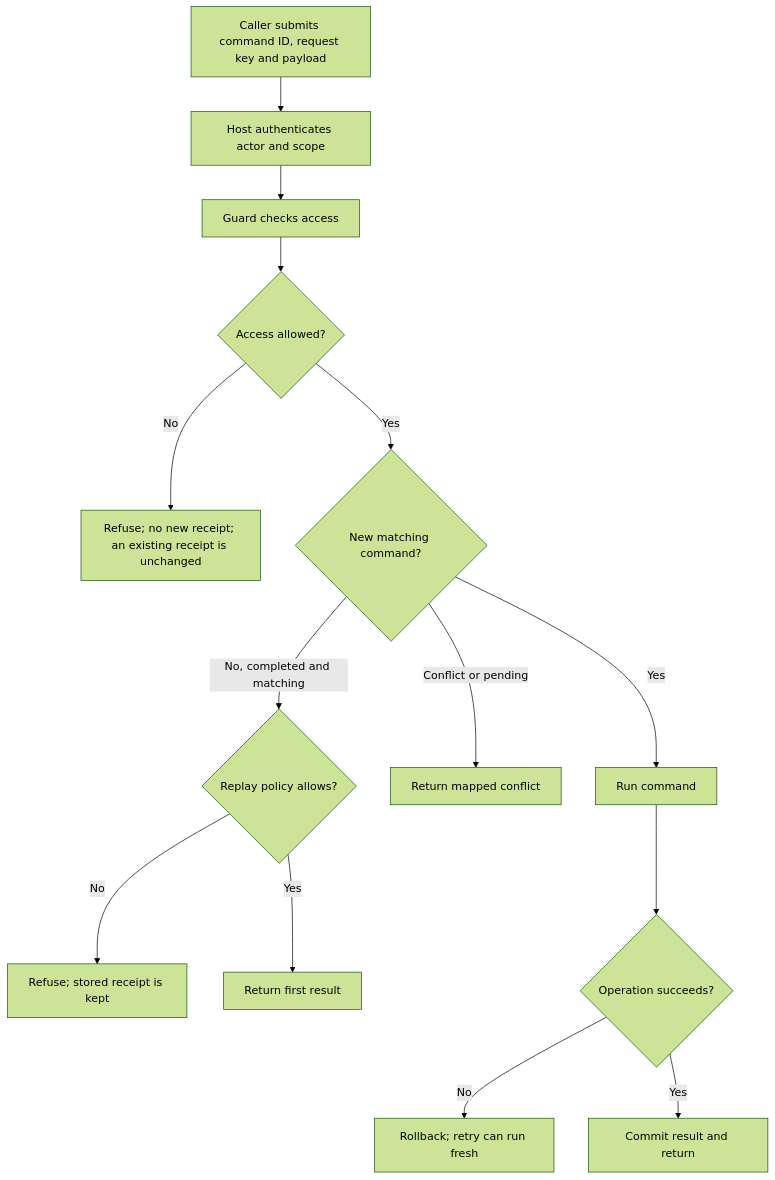
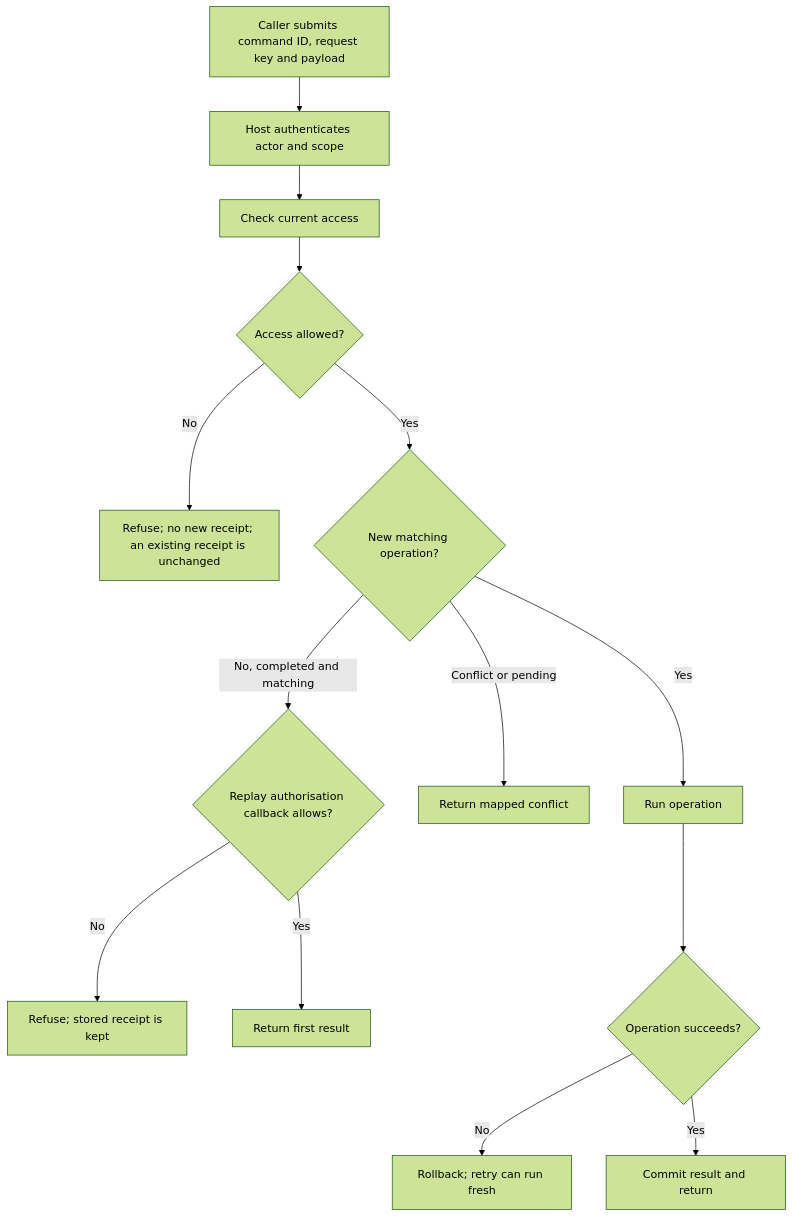
Before and after one commit to Kevinjohn/oss-adonisjs-duplicate-request-guard: the first of 2 diagrams in user-stories/US-GUARD-01-execute-command.md, drawn with Mermaid (forest theme). The commit also changed other lines of this file and 37 other files, not shown here.

````diff
--- a/user-stories/US-GUARD-01-execute-command.md
+++ b/user-stories/US-GUARD-01-execute-command.md
@@ -29,16 +29,16 @@
 ```mermaid
 flowchart TD
     A["Caller submits command ID, request key and payload"] --> B["Host authenticates actor and scope"]
-    B --> C["Guard checks access"]
+    B --> C["Check current access"]
     C --> C2{"Access allowed?"}
     C2 -->|No| C3["Refuse; no new receipt; an existing receipt is unchanged"]
-    C2 -->|Yes| D{"New matching command?"}
-    D -->|No, completed and matching| R{"Replay policy allows?"}
+    C2 -->|Yes| D{"New matching operation?"}
+    D -->|No, completed and matching| R{"Replay authorisation callback allows?"}
     R -->|No| R2["Refuse; stored receipt is kept"]
     R -->|Yes| E["Return first result"]
     D -->|Conflict or pending| F["Return mapped conflict"]
-    D -->|Yes| G["Run command"]
+    D -->|Yes| G["Run operation"]
     G --> H{"Operation succeeds?"}
     H -->|No| I["Rollback; retry can run fresh"]
     H -->|Yes| J["Commit result and return"]
 ```
````
